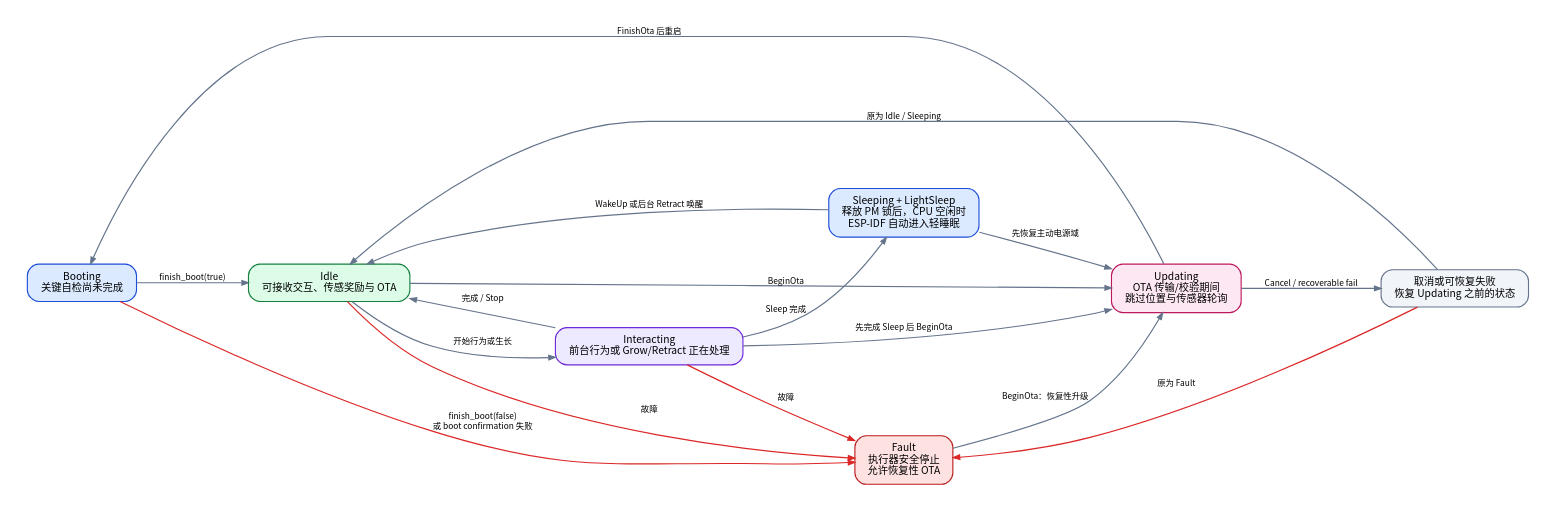
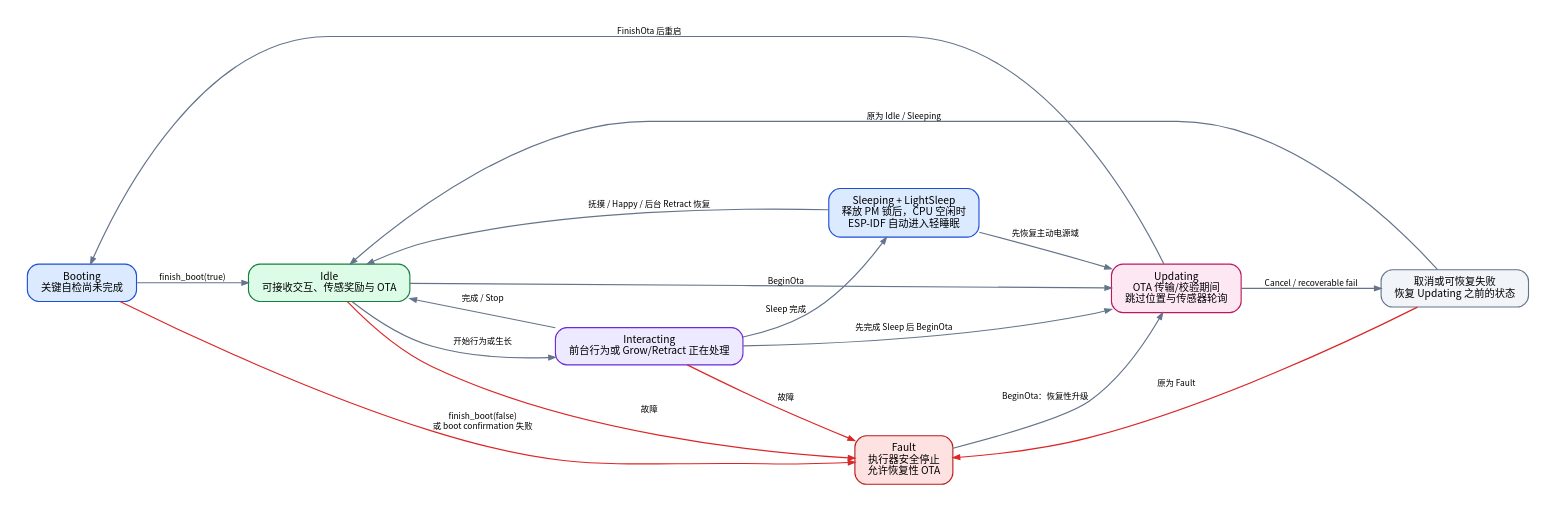
The diagram in 00_docs/architecture/plant_v2_power_flow.dot (sunxun1017/plant_project), drawn with Graphviz before and after one commit. The commit also changed 37 other files, not shown here.

```diff
--- a/00_docs/architecture/plant_v2_power_flow.dot
+++ b/00_docs/architecture/plant_v2_power_flow.dot
@@ -1,30 +1,30 @@
 digraph PlantV2PowerFlow {
     graph [rankdir=LR, bgcolor="white", pad=0.3, nodesep=0.5, ranksep=0.65, fontname="Noto Sans CJK SC"];
     node [shape=box, style="rounded,filled", color="#1D4ED8", penwidth=1.2, margin="0.18,0.11", fontname="Noto Sans CJK SC", fontsize=11];
     edge [color="#64748B", penwidth=1.25, arrowsize=0.7, fontname="Noto Sans CJK SC", fontsize=9];
 
     boot [label="Booting\n关键自检尚未完成", fillcolor="#DBEAFE"];
     idle [label="Idle\n可接收交互、传感奖励与 OTA", fillcolor="#DCFCE7", color="#15803D"];
     interacting [label="Interacting\n前台行为或 Grow/Retract 正在处理", fillcolor="#EDE9FE", color="#6D28D9"];
     sleeping [label="Sleeping + LightSleep\n释放 PM 锁后，CPU 空闲时\nESP-IDF 自动进入轻睡眠", fillcolor="#DBEAFE"];
     updating [label="Updating\nOTA 传输/校验期间\n跳过位置与传感器轮询", fillcolor="#FCE7F3", color="#BE185D"];
     updateReturn [label="取消或可恢复失败\n恢复 Updating 之前的状态", fillcolor="#F1F5F9", color="#64748B"];
     fault [label="Fault\n执行器安全停止\n允许恢复性 OTA", fillcolor="#FEE2E2", color="#B91C1C"];
 
     boot -> idle [label="finish_boot(true)"];
     boot -> fault [label="finish_boot(false)\n或 boot confirmation 失败", color="#DC2626"];
     idle -> interacting [label="开始行为或生长"];
     interacting -> idle [label="完成 / Stop"];
     interacting -> sleeping [label="Sleep 完成"];
-    sleeping -> idle [label="WakeUp 或后台 Retract 唤醒"];
+    sleeping -> idle [label="抚摸 / Happy / 后台 Retract 恢复"];
     idle -> updating [label="BeginOta"];
     interacting -> updating [label="先完成 Sleep 后 BeginOta"];
     sleeping -> updating [label="先恢复主动电源域"];
     updating -> updateReturn [label="Cancel / recoverable fail"];
     updateReturn -> idle [label="原为 Idle / Sleeping"];
     updateReturn -> fault [label="原为 Fault", color="#DC2626"];
     updating -> boot [label="FinishOta 后重启"];
     idle -> fault [label="故障", color="#DC2626"];
     interacting -> fault [label="故障", color="#DC2626"];
     fault -> updating [label="BeginOta：恢复性升级"];
 }
```
